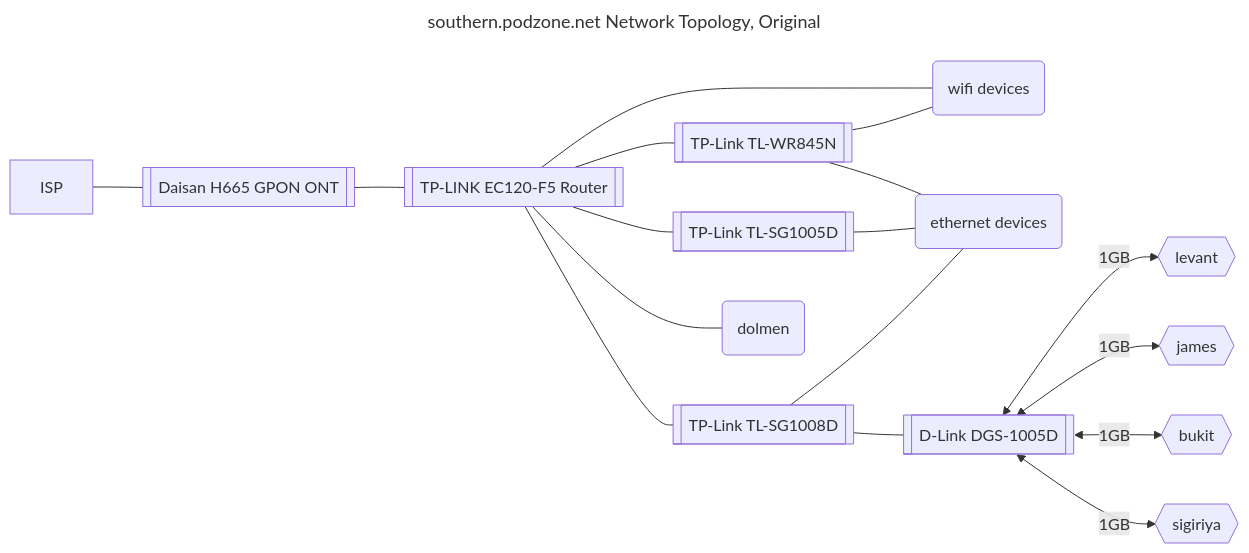
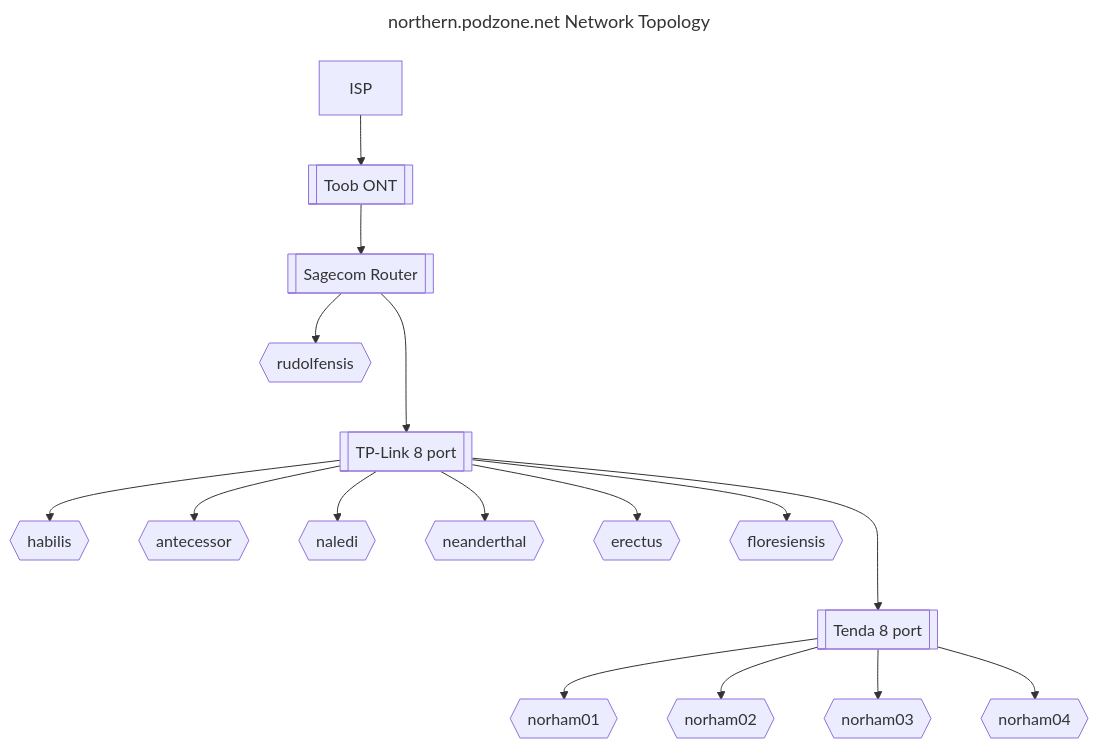
The first of 2 diagrams in docs/technicalNetwork.md (MoTTTT/podzone), drawn with Mermaid before and after one commit. The commit also changed other lines of this file and 67 other files, not shown here.

````diff
--- a/docs/technicalNetwork.md
+++ b/docs/technicalNetwork.md
@@ -3,37 +32,40 @@
 ```mermaid
 ---
-title: southern.podzone.net Network Topology, Original
+title: northern.podzone.net Network Topology
 ---
-graph LR
+graph TD
 
-ISP --- ont
-ont --- router
-router --- switch2
-router ---switch3
-router --- ap1
-router --- other2
-router --- workstation
-ap1 --- other1
-ap1 --- other2
-switch2 --- other1
-switch3 --- switch1
-switch3 --- other1
-switch1 <-->|1GB| k8s1
-switch1 <-->|1GB| k8s2
-switch1 <-->|1GB| k8s3
-switch1 <-->|1GB| k8s4
+ISP --> ont
+ont --> router
+router --> dmz
+router ---> switch1 ---> switch2
 
-ont[[Daisan H665 GPON ONT]]
-router[[TP-LINK EC120-F5 Router]]
-switch1[[D-Link DGS-1005D]]
-switch2[[TP-Link TL-SG1005D]]
-switch3[[TP-Link TL-SG1008D]]
-ap1[[TP-Link TL-WR845N]]
-other1(ethernet devices)
-other2(wifi devices)
-k8s1{{levant}}
-k8s2{{james}}
-k8s3{{bukit}}
-k8s4{{sigiriya}}
-workstation(dolmen)
+
+switch1 --> k8s01
+switch1 --> k8s02
+switch1 --> k8s03
+switch1 --> k8s04
+switch1 --> k8s05
+switch1 --> k8s06
+switch2 --> k8s07
+switch2 --> k8s08
+switch2 --> k8s09
+switch2 --> k8s10
+
+
+ont[[Toob ONT]]
+router[[Sagecom Router]]
+switch1[[TP-Link 8 port]]
+switch2[[Tenda 8 port]]
+dmz{{rudolfensis}}
+k8s01{{habilis}}
+k8s02{{antecessor}}
+k8s03{{naledi}}
+k8s04{{neanderthal}}
+k8s05{{erectus}}
+k8s06{{floresiensis}}
+k8s07{{norham01}}
+k8s08{{norham02}}
+k8s09{{norham03}}
+k8s10{{norham04}}
 ```
````
